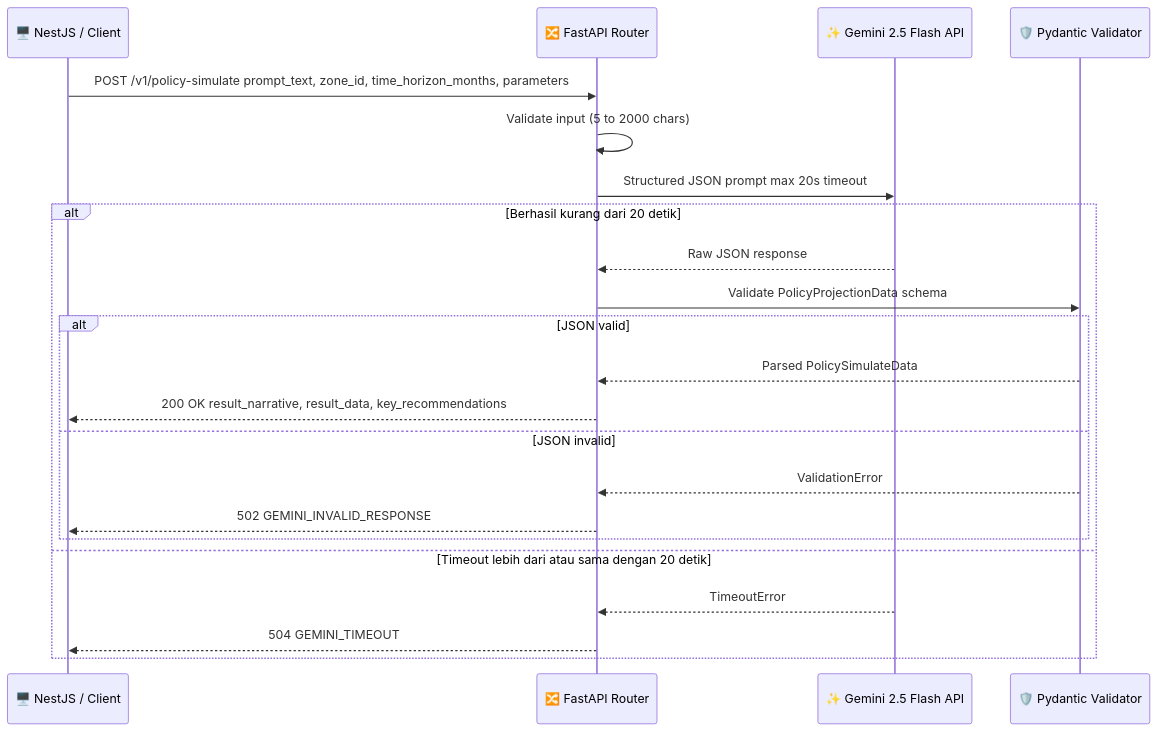
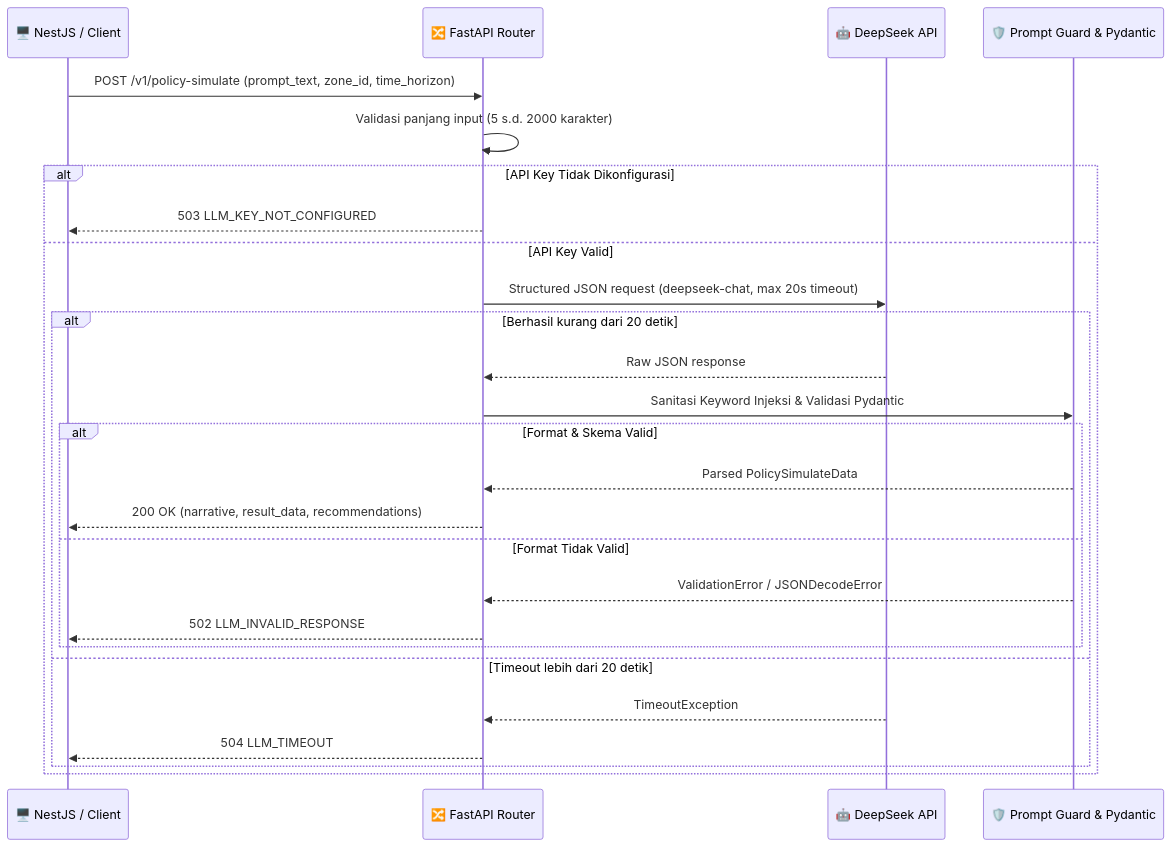
One commit to nabilkencana/AI-Service-LaporKita changed the sixth of 21 diagrams in README.md. Above: the diagram before and after it, drawn with Mermaid. The commit also changed other lines of this file and 57 other files, not shown here.

Commit message:
feat(ai-service): complete Round 2 fixes - 6-class YOLOv11 OOD guard, DeepSeek LLM, API Key auth, security & fail-closed policies

````diff
--- a/README.md
+++ b/README.md
@@ -305,27 +307,30 @@
 ```mermaid
 sequenceDiagram
     participant Client as 🖥️ NestJS / Client
     participant Router as 🔀 FastAPI Router
-    participant Gemini as ✨ Gemini 2.5 Flash API
-    participant Pydantic as 🛡️ Pydantic Validator
+    participant DeepSeek as 🤖 DeepSeek API
+    participant Guard as 🛡️ Prompt Guard & Pydantic
 
-    Client->>Router: POST /v1/policy-simulate prompt_text, zone_id, time_horizon_months, parameters
-    Router->>Router: Validate input (5 to 2000 chars)
+    Client->>Router: POST /v1/policy-simulate (prompt_text, zone_id, time_horizon)
+    Router->>Router: Validasi panjang input (5 s.d. 2000 karakter)
 
-    Router->>Gemini: Structured JSON prompt max 20s timeout
-
-    alt Berhasil kurang dari 20 detik
-        Gemini-->>Router: Raw JSON response
-        Router->>Pydantic: Validate PolicyProjectionData schema
-        alt JSON valid
-            Pydantic-->>Router: Parsed PolicySimulateData
-            Router-->>Client: 200 OK result_narrative, result_data, key_recommendations
-        else JSON invalid
-            Pydantic-->>Router: ValidationError
-            Router-->>Client: 502 GEMINI_INVALID_RESPONSE
+    alt API Key Tidak Dikonfigurasi
+        Router-->>Client: 503 LLM_KEY_NOT_CONFIGURED
+    else API Key Valid
+        Router->>DeepSeek: Structured JSON request (deepseek-chat, max 20s timeout)
+        alt Berhasil kurang dari 20 detik
+            DeepSeek-->>Router: Raw JSON response
+            Router->>Guard: Sanitasi Keyword Injeksi & Validasi Pydantic
+            alt Format & Skema Valid
+                Guard-->>Router: Parsed PolicySimulateData
+                Router-->>Client: 200 OK (narrative, result_data, recommendations)
+            else Format Tidak Valid
+                Guard-->>Router: ValidationError / JSONDecodeError
+                Router-->>Client: 502 LLM_INVALID_RESPONSE
+            end
+        else Timeout lebih dari 20 detik
+            DeepSeek-->>Router: TimeoutException
+            Router-->>Client: 504 LLM_TIMEOUT
         end
-    else Timeout lebih dari atau sama dengan 20 detik
-        Gemini-->>Router: TimeoutError
-        Router-->>Client: 504 GEMINI_TIMEOUT
     end
 ```
````
